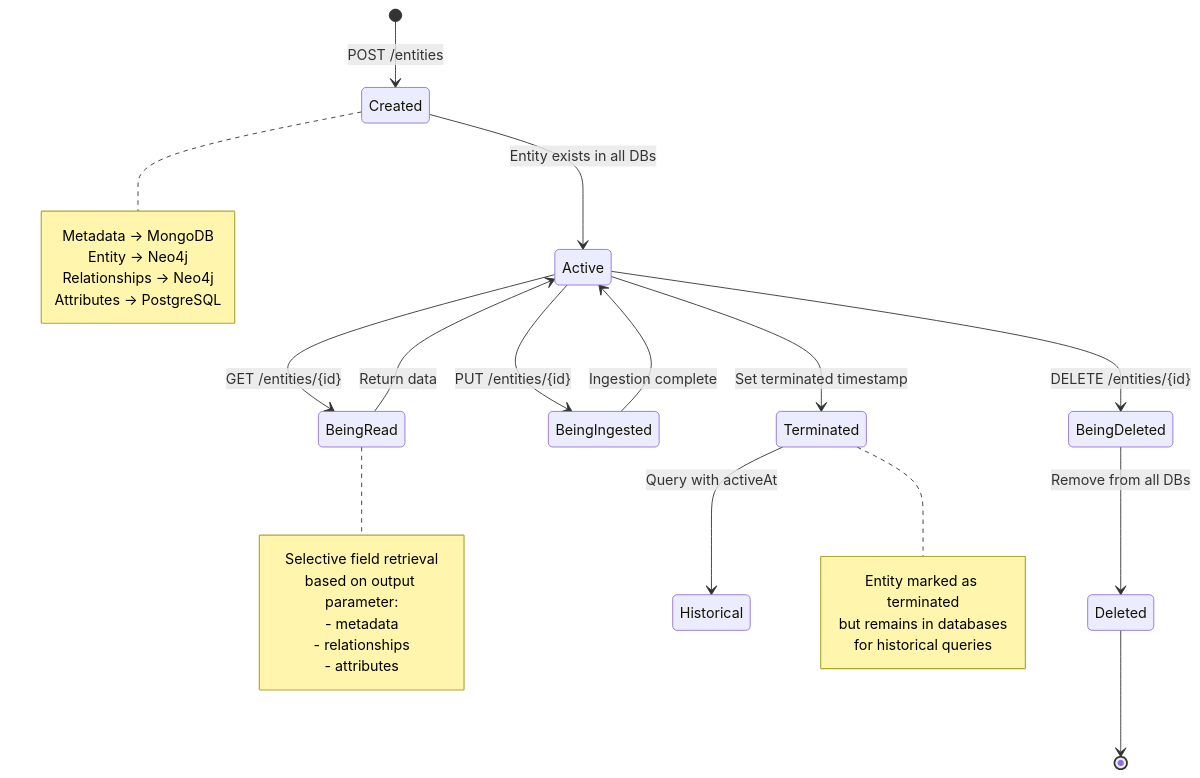
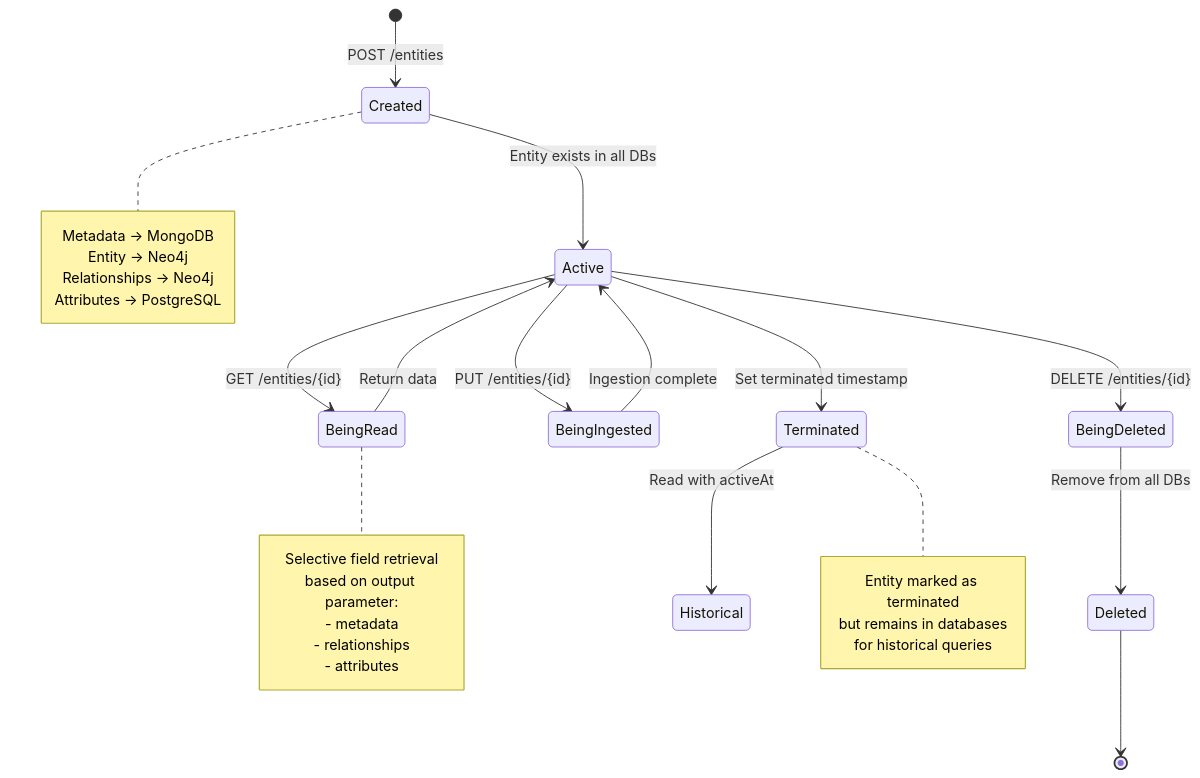
One commit to LDFLK/nexoan changed the eighth of 10 diagrams in docs/architecture/diagrams.md. Above: the diagram before and after it, drawn with Mermaid. The commit also changed other lines of this file and 14 other files, not shown here.

````diff
--- a/docs/architecture/diagrams.md
+++ b/docs/architecture/diagrams.md
@@ -437,41 +437,41 @@
 ```mermaid
 stateDiagram-v2
     [*] --> Created: POST /entities
     
     Created --> Active: Entity exists in all DBs
     
     Active --> BeingRead: GET /entities/{id}
     BeingRead --> Active: Return data
     
     Active --> BeingIngested: PUT /entities/{id}
     BeingIngested --> Active: Ingestion complete
     
     Active --> BeingDeleted: DELETE /entities/{id}
     BeingDeleted --> Deleted: Remove from all DBs
     
     Active --> Terminated: Set terminated timestamp
-    Terminated --> Historical: Query with activeAt
+    Terminated --> Historical: Read with activeAt
     
     Deleted --> [*]
     
     note right of Created
         Metadata → MongoDB
         Entity → Neo4j
         Relationships → Neo4j
         Attributes → PostgreSQL
     end note
     
     note right of BeingRead
         Selective field retrieval
         based on output parameter:
         - metadata
         - relationships
         - attributes
     end note
     
     note right of Terminated
         Entity marked as terminated
         but remains in databases
         for historical queries
     end note
 ```
````
